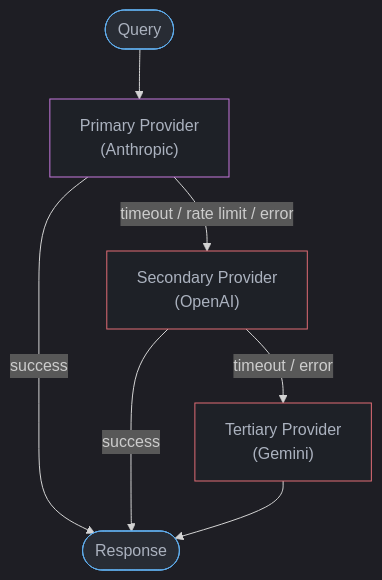
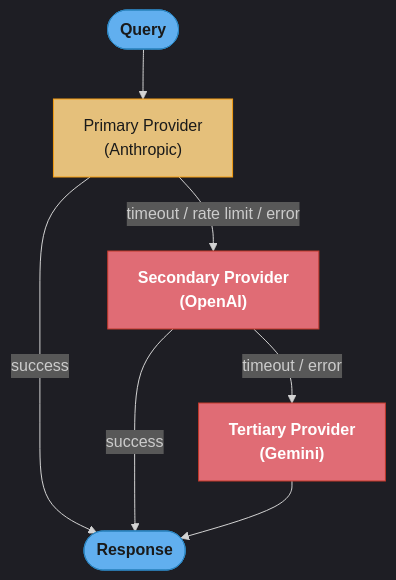
The fourth of 5 diagrams in src/main/java/com/rutik/systemdesign/llm/llm_routing_and_model_selection/README.md (rppol/system-design), drawn with Mermaid before and after one commit. The commit also changed other lines of this file and 88 other files, not shown here.

````diff
--- a/src/main/java/com/rutik/systemdesign/llm/llm_routing_and_model_selection/README.md
+++ b/src/main/java/com/rutik/systemdesign/llm/llm_routing_and_model_selection/README.md
@@ -190,18 +201,22 @@
 ```mermaid
 %%{init: {'flowchart': {'curve': 'basis'}, 'theme': 'dark'}}%%
 flowchart TD
+    classDef io      fill:#61afef,stroke:#2e86c1,color:#1a1a1a,font-weight:bold
+    classDef frozen  fill:#c678dd,stroke:#9b59b6,color:#fff
+    classDef train   fill:#98c379,stroke:#27ae60,color:#1a1a1a
+    classDef mathOp  fill:#d19a66,stroke:#e67e22,color:#1a1a1a,font-weight:bold
+    classDef lossN   fill:#e06c75,stroke:#c0392b,color:#fff,font-weight:bold
+    classDef req     fill:#56b6c2,stroke:#0097a7,color:#1a1a1a
+    classDef base    fill:#e5c07b,stroke:#f39c12,color:#1a1a1a
+
     Query([Query]) --> Primary
     Primary["Primary Provider\n(Anthropic)"] -- "timeout / rate limit / error" --> Secondary
     Primary -- success --> Resp([Response])
     Secondary["Secondary Provider\n(OpenAI)"] -- "timeout / error" --> Tertiary
     Secondary -- success --> Resp
     Tertiary["Tertiary Provider\n(Gemini)"] --> Resp
 
-    classDef io     fill:#282c34,stroke:#61afef,color:#abb2bf
-    classDef llm    fill:#1e2127,stroke:#c678dd,color:#abb2bf
-    classDef warn   fill:#1e2127,stroke:#e06c75,color:#abb2bf
-
     class Query,Resp io
-    class Primary llm
-    class Secondary,Tertiary warn
+    class Primary base
+    class Secondary,Tertiary lossN
 ```
````
